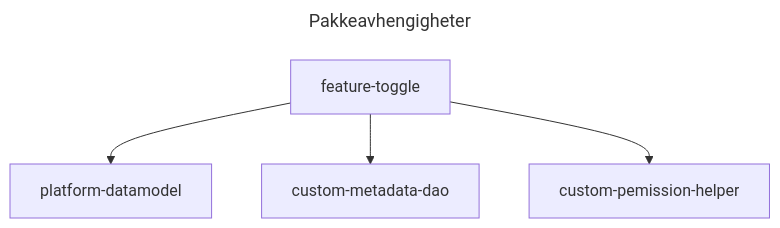
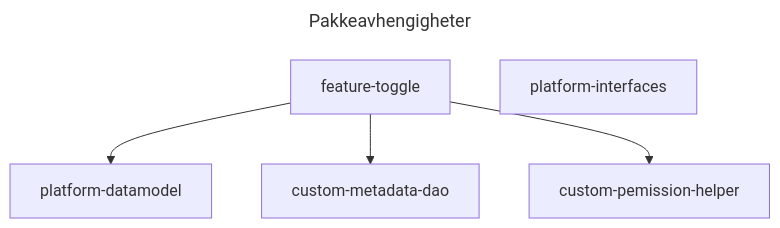
Before and after one commit to navikt/sf-platform: the diagram in README.md, drawn with Mermaid. The commit also changed 1 other file, not shown here.

Commit message:
platform-interfaces package id

````diff
--- a/README.md
+++ b/README.md
@@ -22,10 +22,11 @@
 ```mermaid
 ---
 title: Pakkeavhengigheter
 ---
 graph TD
     custom-pemission-helper
     feature-toggle --> platform-datamodel;
     feature-toggle --> custom-metadata-dao;
     feature-toggle --> custom-pemission-helper;
+    platform-interfaces
 ```
````
